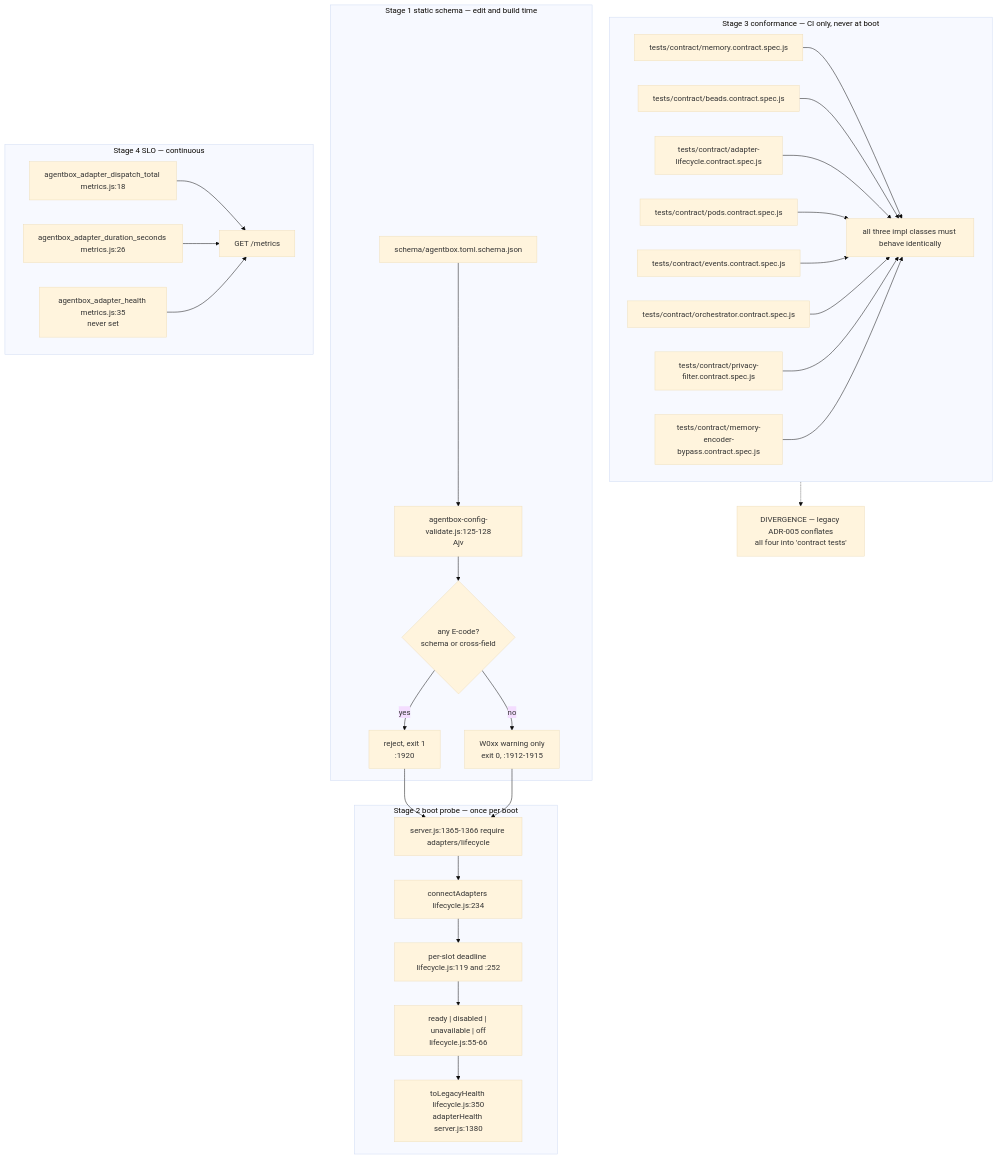
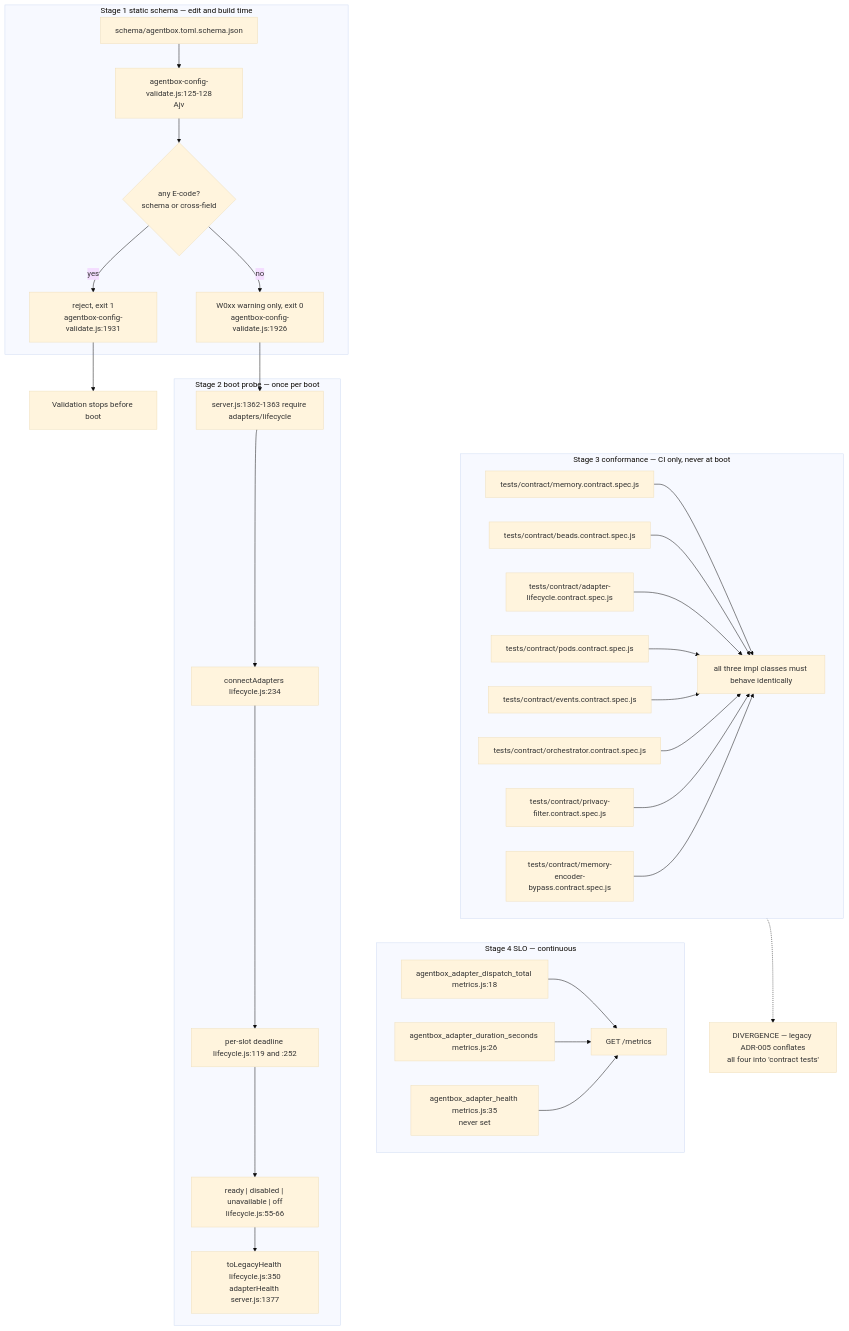
Diagram 14 of 16 in docs/diagrams/agentbox/04-adapter-spine.md (DreamLab-AI/VisionFlow), drawn with Mermaid (base theme) before and after one commit. The commit also changed other lines of this file and 9 other files, not shown here.

Commit message:
docs: align management, adapter and identity diagrams (#35)

````diff
--- a/docs/diagrams/agentbox/04-adapter-spine.md
+++ b/docs/diagrams/agentbox/04-adapter-spine.md
@@ -615,33 +616,35 @@
 ```mermaid
 flowchart TD
     subgraph S1["Stage 1 static schema — edit and build time"]
         A1["schema/agentbox.toml.schema.json"] --> A2["agentbox-config-validate.js:125-128<br/>Ajv"]
         A2 --> A3{"any E-code?<br/>schema or cross-field"}
-        A3 -->|yes| A4["reject, exit 1<br/>:1920"]
-        A3 -->|"no"| A5["W0xx warning only<br/>exit 0, :1912-1915"]
+        A3 -->|yes| A4["reject, exit 1<br/>agentbox-config-validate.js:1931"]
+        A3 -->|"no"| A5["W0xx warning only, exit 0<br/>agentbox-config-validate.js:1926"]
     end
     subgraph S2["Stage 2 boot probe — once per boot"]
-        B1["server.js:1365-1366 require adapters/lifecycle"] --> B2["connectAdapters lifecycle.js:234"]
+        B1["server.js:1362-1363 require adapters/lifecycle"] --> B2["connectAdapters lifecycle.js:234"]
         B2 --> B3["per-slot deadline lifecycle.js:119 and :252"]
         B3 --> B4["ready | disabled | unavailable | off<br/>lifecycle.js:55-66"]
-        B4 --> B5["toLegacyHealth lifecycle.js:350<br/>adapterHealth server.js:1380"]
+        B4 --> B5["toLegacyHealth lifecycle.js:350<br/>adapterHealth server.js:1377"]
     end
     subgraph S3["Stage 3 conformance — CI only, never at boot"]
         C1["tests/contract/memory.contract.spec.js"] --> C4["all three impl classes must behave identically"]
         C2["tests/contract/beads.contract.spec.js"] --> C4
         C3["tests/contract/adapter-lifecycle.contract.spec.js"] --> C4
         C5["tests/contract/pods.contract.spec.js"] --> C4
         C6["tests/contract/events.contract.spec.js"] --> C4
         C7["tests/contract/orchestrator.contract.spec.js"] --> C4
         C8["tests/contract/privacy-filter.contract.spec.js"] --> C4
         C9["tests/contract/memory-encoder-bypass.contract.spec.js"] --> C4
     end
     subgraph S4["Stage 4 SLO — continuous"]
         D1["agentbox_adapter_dispatch_total metrics.js:18"] --> D4["GET /metrics"]
         D2["agentbox_adapter_duration_seconds metrics.js:26"] --> D4
         D3["agentbox_adapter_health metrics.js:35<br/>never set"] --> D4
     end
-    A4 --> B1
+    A4 --> STOP["Validation stops before boot"]
     A5 --> B1
+    S2 ~~~ S3
+    S3 ~~~ S4
     S3 -.-> NOTE["DIVERGENCE — legacy ADR-005 conflates<br/>all four into 'contract tests'"]
 ```
````
